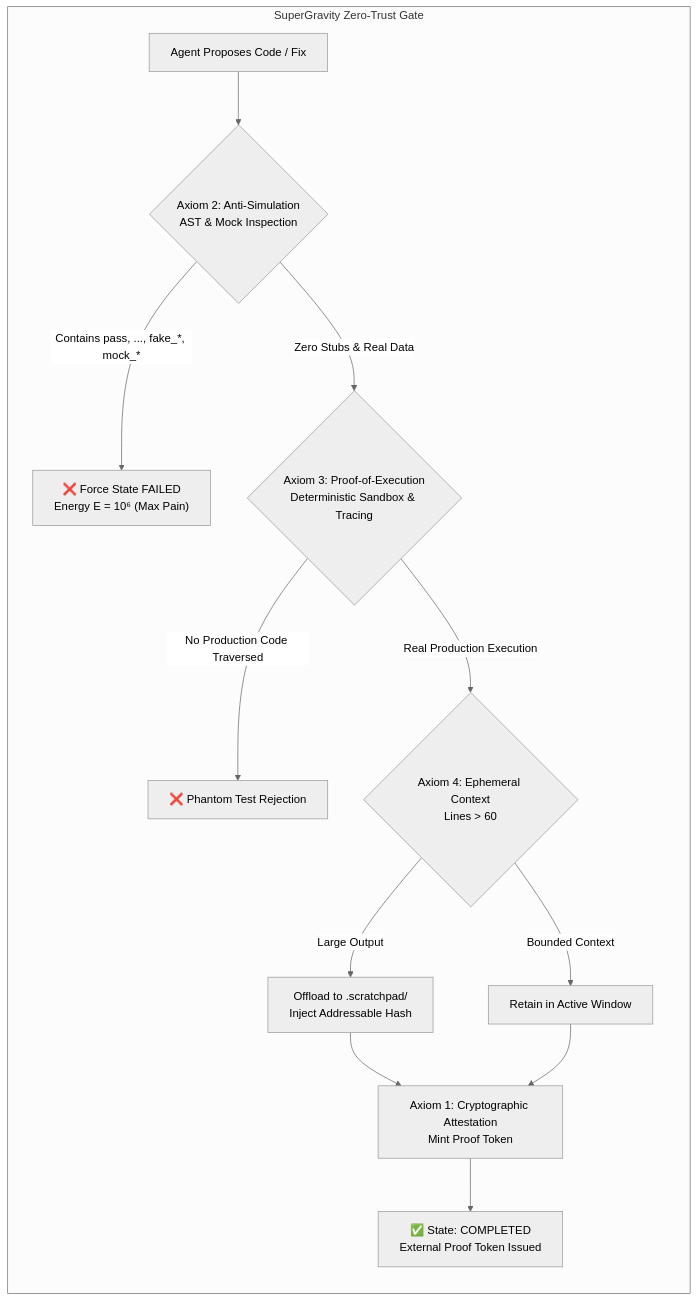
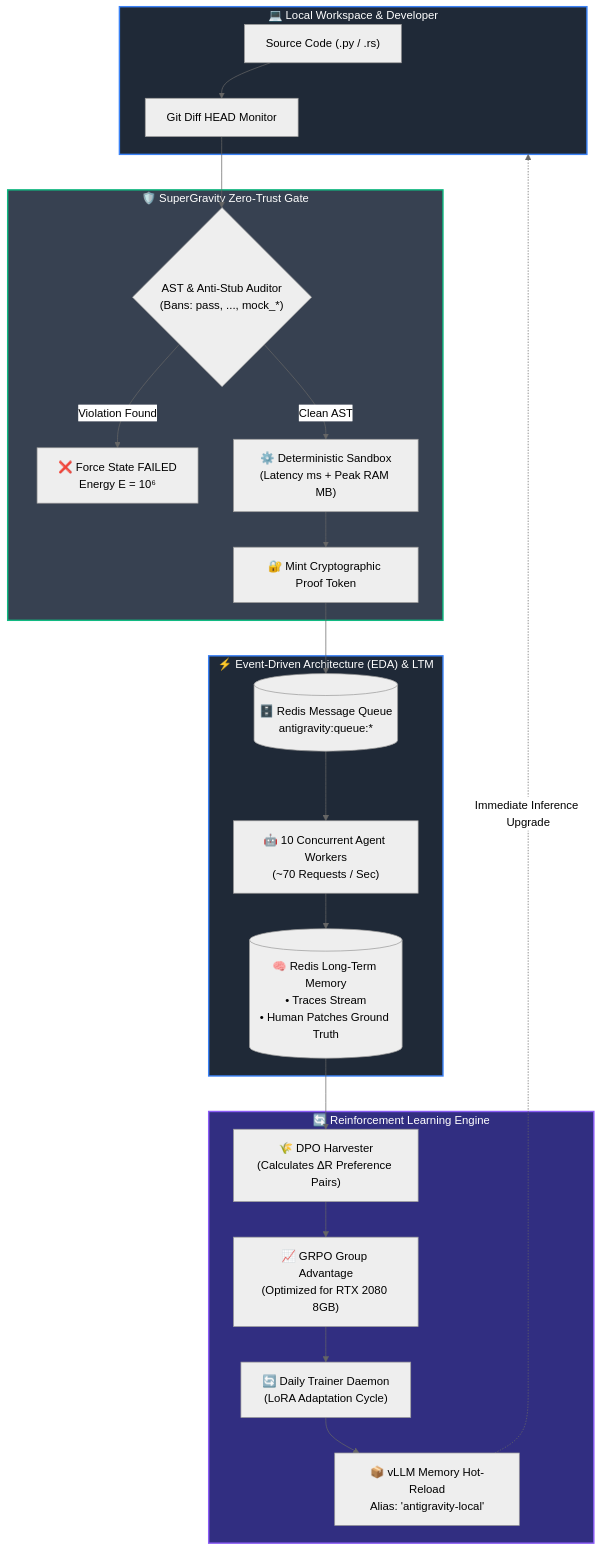
One commit to xaviercallens/AutoevolveAI changed the first of 4 diagrams in README.md. Above: the diagram before and after it, drawn with Mermaid (neutral theme). The commit also changed other lines of this file and 5 other files, not shown here.

First line of the commit message:
feat(rl): scale RL pipeline to 2k Python & 1k Rust cases, add EDA queue, and revamp README

````diff
--- a/README.md
+++ b/README.md
@@ -31,16 +60,35 @@
 ```mermaid
-flowchart TD
-    subgraph SG["SuperGravity Zero-Trust Gate"]
-        direction TB
-        A["Agent Proposes Code / Fix"] --> B{"Axiom 2: Anti-Simulation<br/>AST & Mock Inspection"}
-        B -- "Contains pass, ..., fake_*, mock_*" --> FAIL["❌ Force State FAILED<br/>Energy E = 10⁶ (Max Pain)"]
-        B -- "Zero Stubs & Real Data" --> C{"Axiom 3: Proof-of-Execution<br/>Deterministic Sandbox & Tracing"}
-        C -- "No Production Code Traversed" --> PHANTOM["❌ Phantom Test Rejection"]
-        C -- "Real Production Execution" --> D{"Axiom 4: Ephemeral Context<br/>Lines > 60"}
-        D -- "Large Output" --> SCRATCH["Offload to .scratchpad/<br/>Inject Addressable Hash"]
-        D -- "Bounded Context" --> KEEP["Retain in Active Window"]
-        SCRATCH --> E["Axiom 1: Cryptographic Attestation<br/>Mint Proof Token"]
-        KEEP --> E
-        E --> PASS["✅ State: COMPLETED<br/>External Proof Token Issued"]
+flowchart TB
+    subgraph LocalIDE["💻 Local Workspace & Developer"]
+        Code["Source Code (.py / .rs)"] --> GitDiff["Git Diff HEAD Monitor"]
     end
+
+    subgraph ZeroTrustGate["🛡️ SuperGravity Zero-Trust Gate"]
+        GitDiff --> ASTAuditor{"AST & Anti-Stub Auditor<br/>(Bans: pass, ..., mock_*)"}
+        ASTAuditor -- "Violation Found" --> Rejection["❌ Force State FAILED<br/>Energy E = 10⁶"]
+        ASTAuditor -- "Clean AST" --> Sandbox["⚙️ Deterministic Sandbox<br/>(Latency ms + Peak RAM MB)"]
+        Sandbox --> ProofToken["🔐 Mint Cryptographic Proof Token"]
+    end
+
+    subgraph EDABroker["⚡ Event-Driven Architecture (EDA) & LTM"]
+        ProofToken --> RedisQueue[("🗄️ Redis Message Queue<br/>antigravity:queue:*")]
+        RedisQueue --> WorkerPool["🤖 10 Concurrent Agent Workers<br/>(~70 Requests / Sec)"]
+        WorkerPool --> RedisLTM[("🧠 Redis Long-Term Memory<br/>• Traces Stream<br/>• Human Patches Ground Truth")]
+    end
+
+    subgraph RLEngine["🔄 Reinforcement Learning Engine"]
+        RedisLTM --> Harvester["🌾 DPO Harvester<br/>(Calculates ΔR Preference Pairs)"]
+        Harvester --> GRPO["📈 GRPO Group Advantage<br/>(Optimized for RTX 2080 8GB)"]
+        GRPO --> Daemon["🔄 Daily Trainer Daemon<br/>(LoRA Adaptation Cycle)"]
+        Daemon --> HotReload["📦 vLLM Memory Hot-Reload<br/>Alias: 'antigravity-local'"]
+    end
+
+    HotReload -. "Immediate Inference Upgrade" .-> LocalIDE
+
+    classDef highlight fill:#1f2937,stroke:#3b82f6,stroke-width:2px,color:#fff;
+    classDef gate fill:#374151,stroke:#10b981,stroke-width:2px,color:#fff;
+    classDef rl fill:#312e81,stroke:#8b5cf6,stroke-width:2px,color:#fff;
+    class LocalIDE,EDABroker highlight;
+    class ZeroTrustGate gate;
+    class RLEngine rl;
 ```
````
